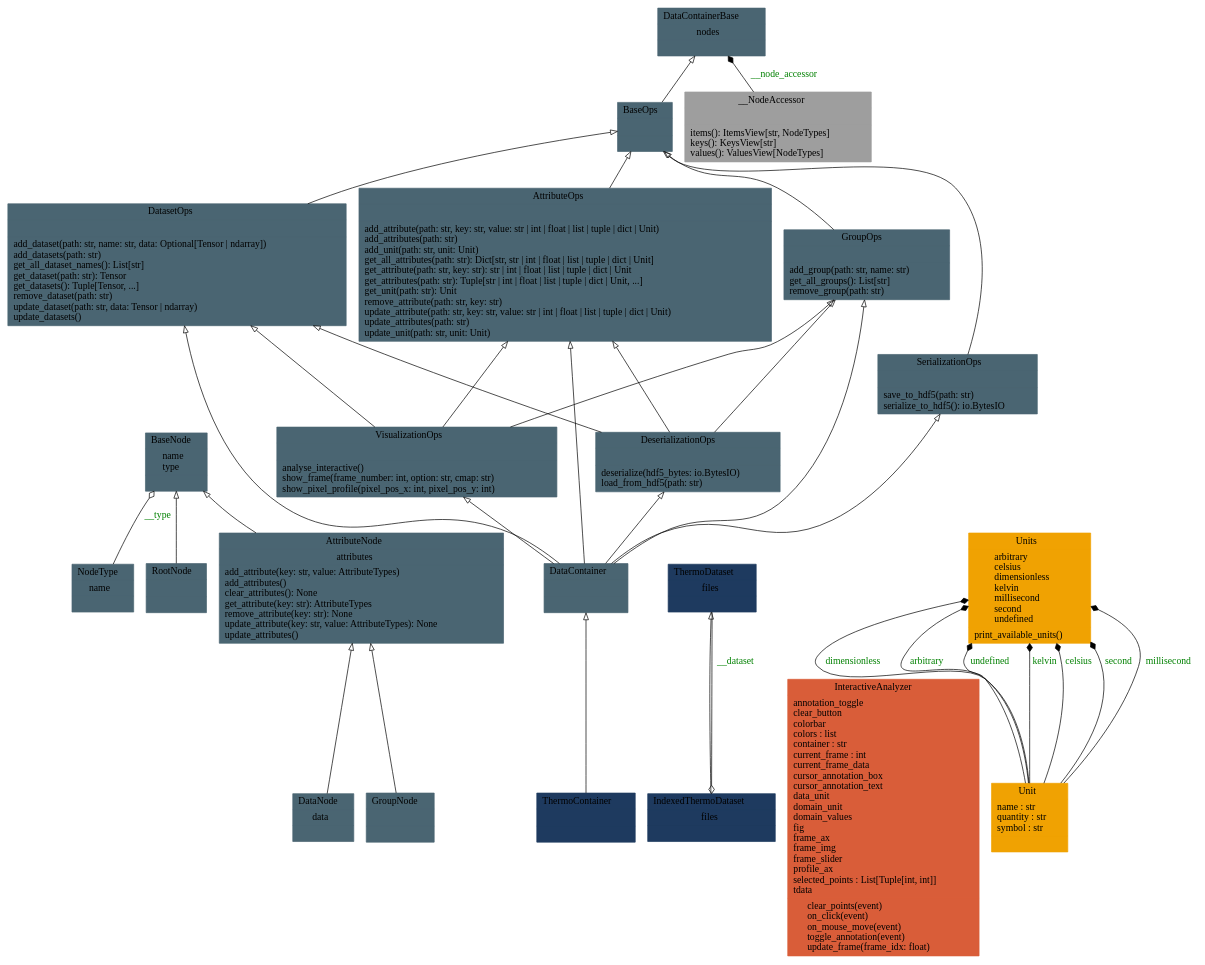
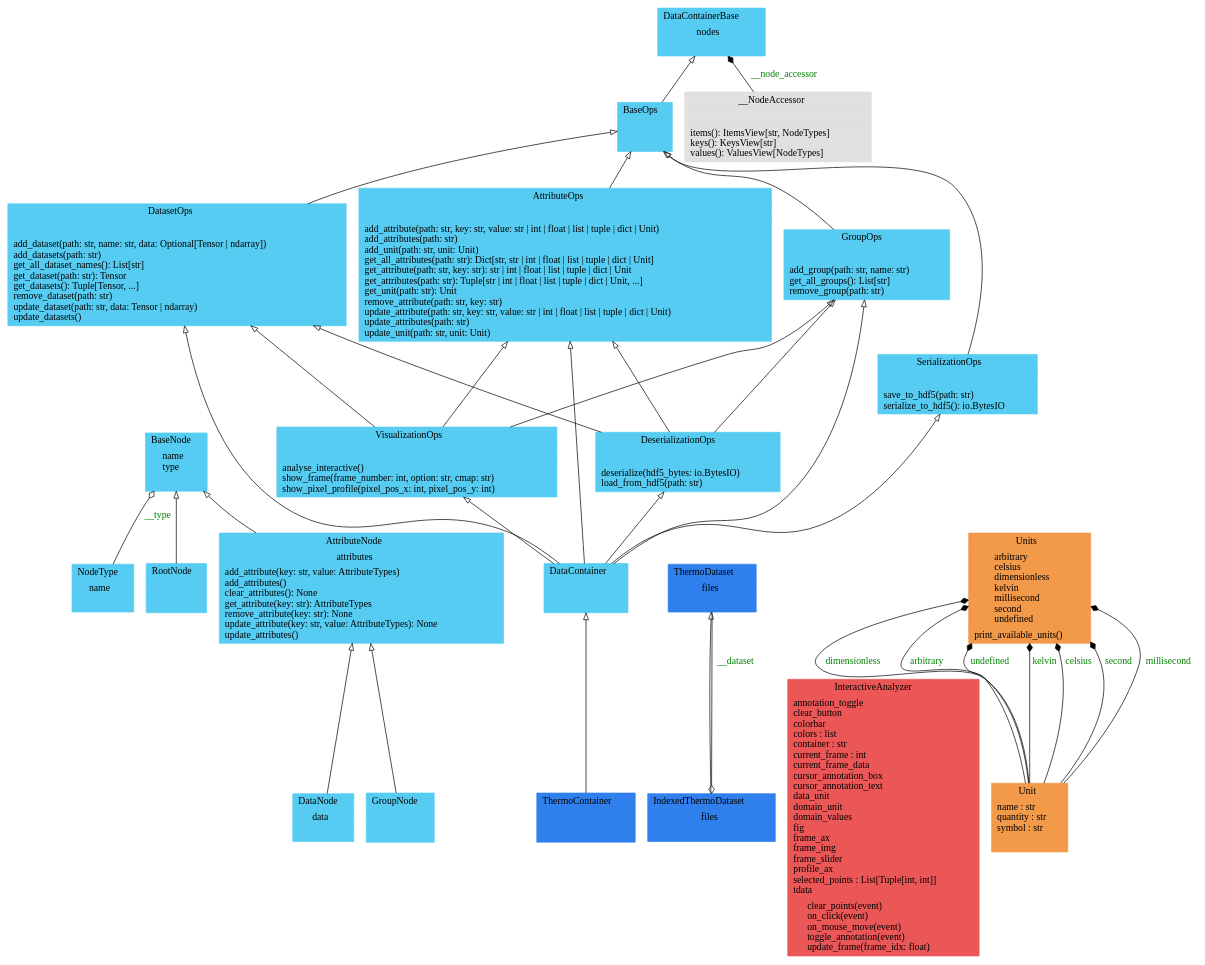
The diagram in docs/pyreverse/classes_pythermondt.data.gv (voidsy-gmbh/pyThermoNDT), drawn with Graphviz before and after one commit. The commit also changed 25 other files, not shown here.

Commit message:
Update pyreverse diagrams

```diff
--- a/docs/pyreverse/classes_pythermondt.data.gv
+++ b/docs/pyreverse/classes_pythermondt.data.gv
@@ -1,28 +1,28 @@
 digraph "classes_pythermondt.data" {
 rankdir=BT
 charset="utf-8"
-"pythermondt.data.datacontainer.node.AttributeNode" [color="#4A6572", fontcolor="black", label=<{AttributeNode|attributes<br ALIGN="LEFT"/>|add_attribute(key: str, value: AttributeTypes)<br ALIGN="LEFT"/>add_attributes()<br ALIGN="LEFT"/>clear_attributes(): None<br ALIGN="LEFT"/>get_attribute(key: str): AttributeTypes<br ALIGN="LEFT"/>remove_attribute(key: str): None<br ALIGN="LEFT"/>update_attribute(key: str, value: AttributeTypes): None<br ALIGN="LEFT"/>update_attributes()<br ALIGN="LEFT"/>}>, shape="record", style="filled"];
-"pythermondt.data.datacontainer.attribute_ops.AttributeOps" [color="#4A6572", fontcolor="black", label=<{AttributeOps|<br ALIGN="LEFT"/>|add_attribute(path: str, key: str, value: str \| int \| float \| list \| tuple \| dict \| Unit)<br ALIGN="LEFT"/>add_attributes(path: str)<br ALIGN="LEFT"/>add_unit(path: str, unit: Unit)<br ALIGN="LEFT"/>get_all_attributes(path: str): Dict[str, str \| int \| float \| list \| tuple \| dict \| Unit]<br ALIGN="LEFT"/>get_attribute(path: str, key: str): str \| int \| float \| list \| tuple \| dict \| Unit<br ALIGN="LEFT"/>get_attributes(path: str): Tuple[str \| int \| float \| list \| tuple \| dict \| Unit, ...]<br ALIGN="LEFT"/>get_unit(path: str): Unit<br ALIGN="LEFT"/>remove_attribute(path: str, key: str)<br ALIGN="LEFT"/>update_attribute(path: str, key: str, value: str \| int \| float \| list \| tuple \| dict \| Unit)<br ALIGN="LEFT"/>update_attributes(path: str)<br ALIGN="LEFT"/>update_unit(path: str, unit: Unit)<br ALIGN="LEFT"/>}>, shape="record", style="filled"];
-"pythermondt.data.datacontainer.node.BaseNode" [color="#4A6572", fontcolor="black", label=<{BaseNode|name<br ALIGN="LEFT"/>type<br ALIGN="LEFT"/>|}>, shape="record", style="filled"];
-"pythermondt.data.datacontainer.base.BaseOps" [color="#4A6572", fontcolor="black", label=<{BaseOps|<br ALIGN="LEFT"/>|}>, shape="record", style="filled"];
-"pythermondt.data.datacontainer.core.DataContainer" [color="#4A6572", fontcolor="black", label=<{DataContainer|<br ALIGN="LEFT"/>|}>, shape="record", style="filled"];
-"pythermondt.data.datacontainer.base.DataContainerBase" [color="#4A6572", fontcolor="black", label=<{DataContainerBase|nodes<br ALIGN="LEFT"/>|}>, shape="record", style="filled"];
-"pythermondt.data.datacontainer.node.DataNode" [color="#4A6572", fontcolor="black", label=<{DataNode|data<br ALIGN="LEFT"/>|}>, shape="record", style="filled"];
-"pythermondt.data.datacontainer.dataset_ops.DatasetOps" [color="#4A6572", fontcolor="black", label=<{DatasetOps|<br ALIGN="LEFT"/>|add_dataset(path: str, name: str, data: Optional[Tensor \| ndarray])<br ALIGN="LEFT"/>add_datasets(path: str)<br ALIGN="LEFT"/>get_all_dataset_names(): List[str]<br ALIGN="LEFT"/>get_dataset(path: str): Tensor<br ALIGN="LEFT"/>get_datasets(): Tuple[Tensor, ...]<br ALIGN="LEFT"/>remove_dataset(path: str)<br ALIGN="LEFT"/>update_dataset(path: str, data: Tensor \| ndarray)<br ALIGN="LEFT"/>update_datasets()<br ALIGN="LEFT"/>}>, shape="record", style="filled"];
-"pythermondt.data.datacontainer.serialization_ops.DeserializationOps" [color="#4A6572", fontcolor="black", label=<{DeserializationOps|<br ALIGN="LEFT"/>|deserialize(hdf5_bytes: io.BytesIO)<br ALIGN="LEFT"/>load_from_hdf5(path: str)<br ALIGN="LEFT"/>}>, shape="record", style="filled"];
-"pythermondt.data.datacontainer.node.GroupNode" [color="#4A6572", fontcolor="black", label=<{GroupNode|<br ALIGN="LEFT"/>|}>, shape="record", style="filled"];
-"pythermondt.data.datacontainer.group_ops.GroupOps" [color="#4A6572", fontcolor="black", label=<{GroupOps|<br ALIGN="LEFT"/>|add_group(path: str, name: str)<br ALIGN="LEFT"/>get_all_groups(): List[str]<br ALIGN="LEFT"/>remove_group(path: str)<br ALIGN="LEFT"/>}>, shape="record", style="filled"];
-"pythermondt.data.thermo_dataset.IndexedThermoDataset" [color="#1E3A5F", fontcolor="black", label=<{IndexedThermoDataset|files<br ALIGN="LEFT"/>|}>, shape="record", style="filled"];
-"pythermondt.data.datacontainer.visualization_ops.VisualizationOps.InteractiveAnalyzer" [color="#D95D39", fontcolor="black", label=<{InteractiveAnalyzer|annotation_toggle<br ALIGN="LEFT"/>clear_button<br ALIGN="LEFT"/>colorbar<br ALIGN="LEFT"/>colors : list<br ALIGN="LEFT"/>container : str<br ALIGN="LEFT"/>current_frame : int<br ALIGN="LEFT"/>current_frame_data<br ALIGN="LEFT"/>cursor_annotation_box<br ALIGN="LEFT"/>cursor_annotation_text<br ALIGN="LEFT"/>data_unit<br ALIGN="LEFT"/>domain_unit<br ALIGN="LEFT"/>domain_values<br ALIGN="LEFT"/>fig<br ALIGN="LEFT"/>frame_ax<br ALIGN="LEFT"/>frame_img<br ALIGN="LEFT"/>frame_slider<br ALIGN="LEFT"/>profile_ax<br ALIGN="LEFT"/>selected_points : List[Tuple[int, int]]<br ALIGN="LEFT"/>tdata<br ALIGN="LEFT"/>|clear_points(event)<br ALIGN="LEFT"/>on_click(event)<br ALIGN="LEFT"/>on_mouse_move(event)<br ALIGN="LEFT"/>toggle_annotation(event)<br ALIGN="LEFT"/>update_frame(frame_idx: float)<br ALIGN="LEFT"/>}>, shape="record", style="filled"];
-"pythermondt.data.datacontainer.node.NodeType" [color="#4A6572", fontcolor="black", label=<{NodeType|name<br ALIGN="LEFT"/>|}>, shape="record", style="filled"];
-"pythermondt.data.datacontainer.node.RootNode" [color="#4A6572", fontcolor="black", label=<{RootNode|<br ALIGN="LEFT"/>|}>, shape="record", style="filled"];
-"pythermondt.data.datacontainer.serialization_ops.SerializationOps" [color="#4A6572", fontcolor="black", label=<{SerializationOps|<br ALIGN="LEFT"/>|save_to_hdf5(path: str)<br ALIGN="LEFT"/>serialize_to_hdf5(): io.BytesIO<br ALIGN="LEFT"/>}>, shape="record", style="filled"];
-"pythermondt.data.thermo_container.ThermoContainer" [color="#1E3A5F", fontcolor="black", label=<{ThermoContainer|<br ALIGN="LEFT"/>|}>, shape="record", style="filled"];
-"pythermondt.data.thermo_dataset.ThermoDataset" [color="#1E3A5F", fontcolor="black", label=<{ThermoDataset|files<br ALIGN="LEFT"/>|}>, shape="record", style="filled"];
-"pythermondt.data.units._unit.Unit" [color="#F0A202", fontcolor="black", label=<{Unit|name : str<br ALIGN="LEFT"/>quantity : str<br ALIGN="LEFT"/>symbol : str<br ALIGN="LEFT"/>|}>, shape="record", style="filled"];
-"pythermondt.data.units.units.Units" [color="#F0A202", fontcolor="black", label=<{Units|arbitrary<br ALIGN="LEFT"/>celsius<br ALIGN="LEFT"/>dimensionless<br ALIGN="LEFT"/>kelvin<br ALIGN="LEFT"/>millisecond<br ALIGN="LEFT"/>second<br ALIGN="LEFT"/>undefined<br ALIGN="LEFT"/>|print_available_units()<br ALIGN="LEFT"/>}>, shape="record", style="filled"];
-"pythermondt.data.datacontainer.visualization_ops.VisualizationOps" [color="#4A6572", fontcolor="black", label=<{VisualizationOps|<br ALIGN="LEFT"/>|analyse_interactive()<br ALIGN="LEFT"/>show_frame(frame_number: int, option: str, cmap: str)<br ALIGN="LEFT"/>show_pixel_profile(pixel_pos_x: int, pixel_pos_y: int)<br ALIGN="LEFT"/>}>, shape="record", style="filled"];
-"pythermondt.data.datacontainer.base.DataContainerBase.__NodeAccessor" [color="#9E9E9E", fontcolor="black", label=<{__NodeAccessor|<br ALIGN="LEFT"/>|items(): ItemsView[str, NodeTypes]<br ALIGN="LEFT"/>keys(): KeysView[str]<br ALIGN="LEFT"/>values(): ValuesView[NodeTypes]<br ALIGN="LEFT"/>}>, shape="record", style="filled"];
+"pythermondt.data.datacontainer.node.AttributeNode" [color="#56CCF2", fontcolor="black", label=<{AttributeNode|attributes<br ALIGN="LEFT"/>|add_attribute(key: str, value: AttributeTypes)<br ALIGN="LEFT"/>add_attributes()<br ALIGN="LEFT"/>clear_attributes(): None<br ALIGN="LEFT"/>get_attribute(key: str): AttributeTypes<br ALIGN="LEFT"/>remove_attribute(key: str): None<br ALIGN="LEFT"/>update_attribute(key: str, value: AttributeTypes): None<br ALIGN="LEFT"/>update_attributes()<br ALIGN="LEFT"/>}>, shape="record", style="filled"];
+"pythermondt.data.datacontainer.attribute_ops.AttributeOps" [color="#56CCF2", fontcolor="black", label=<{AttributeOps|<br ALIGN="LEFT"/>|add_attribute(path: str, key: str, value: str \| int \| float \| list \| tuple \| dict \| Unit)<br ALIGN="LEFT"/>add_attributes(path: str)<br ALIGN="LEFT"/>add_unit(path: str, unit: Unit)<br ALIGN="LEFT"/>get_all_attributes(path: str): Dict[str, str \| int \| float \| list \| tuple \| dict \| Unit]<br ALIGN="LEFT"/>get_attribute(path: str, key: str): str \| int \| float \| list \| tuple \| dict \| Unit<br ALIGN="LEFT"/>get_attributes(path: str): Tuple[str \| int \| float \| list \| tuple \| dict \| Unit, ...]<br ALIGN="LEFT"/>get_unit(path: str): Unit<br ALIGN="LEFT"/>remove_attribute(path: str, key: str)<br ALIGN="LEFT"/>update_attribute(path: str, key: str, value: str \| int \| float \| list \| tuple \| dict \| Unit)<br ALIGN="LEFT"/>update_attributes(path: str)<br ALIGN="LEFT"/>update_unit(path: str, unit: Unit)<br ALIGN="LEFT"/>}>, shape="record", style="filled"];
+"pythermondt.data.datacontainer.node.BaseNode" [color="#56CCF2", fontcolor="black", label=<{BaseNode|name<br ALIGN="LEFT"/>type<br ALIGN="LEFT"/>|}>, shape="record", style="filled"];
+"pythermondt.data.datacontainer.base.BaseOps" [color="#56CCF2", fontcolor="black", label=<{BaseOps|<br ALIGN="LEFT"/>|}>, shape="record", style="filled"];
+"pythermondt.data.datacontainer.core.DataContainer" [color="#56CCF2", fontcolor="black", label=<{DataContainer|<br ALIGN="LEFT"/>|}>, shape="record", style="filled"];
+"pythermondt.data.datacontainer.base.DataContainerBase" [color="#56CCF2", fontcolor="black", label=<{DataContainerBase|nodes<br ALIGN="LEFT"/>|}>, shape="record", style="filled"];
+"pythermondt.data.datacontainer.node.DataNode" [color="#56CCF2", fontcolor="black", label=<{DataNode|data<br ALIGN="LEFT"/>|}>, shape="record", style="filled"];
+"pythermondt.data.datacontainer.dataset_ops.DatasetOps" [color="#56CCF2", fontcolor="black", label=<{DatasetOps|<br ALIGN="LEFT"/>|add_dataset(path: str, name: str, data: Optional[Tensor \| ndarray])<br ALIGN="LEFT"/>add_datasets(path: str)<br ALIGN="LEFT"/>get_all_dataset_names(): List[str]<br ALIGN="LEFT"/>get_dataset(path: str): Tensor<br ALIGN="LEFT"/>get_datasets(): Tuple[Tensor, ...]<br ALIGN="LEFT"/>remove_dataset(path: str)<br ALIGN="LEFT"/>update_dataset(path: str, data: Tensor \| ndarray)<br ALIGN="LEFT"/>update_datasets()<br ALIGN="LEFT"/>}>, shape="record", style="filled"];
+"pythermondt.data.datacontainer.serialization_ops.DeserializationOps" [color="#56CCF2", fontcolor="black", label=<{DeserializationOps|<br ALIGN="LEFT"/>|deserialize(hdf5_bytes: io.BytesIO)<br ALIGN="LEFT"/>load_from_hdf5(path: str)<br ALIGN="LEFT"/>}>, shape="record", style="filled"];
+"pythermondt.data.datacontainer.node.GroupNode" [color="#56CCF2", fontcolor="black", label=<{GroupNode|<br ALIGN="LEFT"/>|}>, shape="record", style="filled"];
+"pythermondt.data.datacontainer.group_ops.GroupOps" [color="#56CCF2", fontcolor="black", label=<{GroupOps|<br ALIGN="LEFT"/>|add_group(path: str, name: str)<br ALIGN="LEFT"/>get_all_groups(): List[str]<br ALIGN="LEFT"/>remove_group(path: str)<br ALIGN="LEFT"/>}>, shape="record", style="filled"];
+"pythermondt.data.thermo_dataset.IndexedThermoDataset" [color="#2F80ED", fontcolor="black", label=<{IndexedThermoDataset|files<br ALIGN="LEFT"/>|}>, shape="record", style="filled"];
+"pythermondt.data.datacontainer.visualization_ops.VisualizationOps.InteractiveAnalyzer" [color="#EB5757", fontcolor="black", label=<{InteractiveAnalyzer|annotation_toggle<br ALIGN="LEFT"/>clear_button<br ALIGN="LEFT"/>colorbar<br ALIGN="LEFT"/>colors : list<br ALIGN="LEFT"/>container : str<br ALIGN="LEFT"/>current_frame : int<br ALIGN="LEFT"/>current_frame_data<br ALIGN="LEFT"/>cursor_annotation_box<br ALIGN="LEFT"/>cursor_annotation_text<br ALIGN="LEFT"/>data_unit<br ALIGN="LEFT"/>domain_unit<br ALIGN="LEFT"/>domain_values<br ALIGN="LEFT"/>fig<br ALIGN="LEFT"/>frame_ax<br ALIGN="LEFT"/>frame_img<br ALIGN="LEFT"/>frame_slider<br ALIGN="LEFT"/>profile_ax<br ALIGN="LEFT"/>selected_points : List[Tuple[int, int]]<br ALIGN="LEFT"/>tdata<br ALIGN="LEFT"/>|clear_points(event)<br ALIGN="LEFT"/>on_click(event)<br ALIGN="LEFT"/>on_mouse_move(event)<br ALIGN="LEFT"/>toggle_annotation(event)<br ALIGN="LEFT"/>update_frame(frame_idx: float)<br ALIGN="LEFT"/>}>, shape="record", style="filled"];
+"pythermondt.data.datacontainer.node.NodeType" [color="#56CCF2", fontcolor="black", label=<{NodeType|name<br ALIGN="LEFT"/>|}>, shape="record", style="filled"];
+"pythermondt.data.datacontainer.node.RootNode" [color="#56CCF2", fontcolor="black", label=<{RootNode|<br ALIGN="LEFT"/>|}>, shape="record", style="filled"];
+"pythermondt.data.datacontainer.serialization_ops.SerializationOps" [color="#56CCF2", fontcolor="black", label=<{SerializationOps|<br ALIGN="LEFT"/>|save_to_hdf5(path: str)<br ALIGN="LEFT"/>serialize_to_hdf5(): io.BytesIO<br ALIGN="LEFT"/>}>, shape="record", style="filled"];
+"pythermondt.data.thermo_container.ThermoContainer" [color="#2F80ED", fontcolor="black", label=<{ThermoContainer|<br ALIGN="LEFT"/>|}>, shape="record", style="filled"];
+"pythermondt.data.thermo_dataset.ThermoDataset" [color="#2F80ED", fontcolor="black", label=<{ThermoDataset|files<br ALIGN="LEFT"/>|}>, shape="record", style="filled"];
+"pythermondt.data.units._unit.Unit" [color="#F2994A", fontcolor="black", label=<{Unit|name : str<br ALIGN="LEFT"/>quantity : str<br ALIGN="LEFT"/>symbol : str<br ALIGN="LEFT"/>|}>, shape="record", style="filled"];
+"pythermondt.data.units.units.Units" [color="#F2994A", fontcolor="black", label=<{Units|arbitrary<br ALIGN="LEFT"/>celsius<br ALIGN="LEFT"/>dimensionless<br ALIGN="LEFT"/>kelvin<br ALIGN="LEFT"/>millisecond<br ALIGN="LEFT"/>second<br ALIGN="LEFT"/>undefined<br ALIGN="LEFT"/>|print_available_units()<br ALIGN="LEFT"/>}>, shape="record", style="filled"];
+"pythermondt.data.datacontainer.visualization_ops.VisualizationOps" [color="#56CCF2", fontcolor="black", label=<{VisualizationOps|<br ALIGN="LEFT"/>|analyse_interactive()<br ALIGN="LEFT"/>show_frame(frame_number: int, option: str, cmap: str)<br ALIGN="LEFT"/>show_pixel_profile(pixel_pos_x: int, pixel_pos_y: int)<br ALIGN="LEFT"/>}>, shape="record", style="filled"];
+"pythermondt.data.datacontainer.base.DataContainerBase.__NodeAccessor" [color="#E0E0E0", fontcolor="black", label=<{__NodeAccessor|<br ALIGN="LEFT"/>|items(): ItemsView[str, NodeTypes]<br ALIGN="LEFT"/>keys(): KeysView[str]<br ALIGN="LEFT"/>values(): ValuesView[NodeTypes]<br ALIGN="LEFT"/>}>, shape="record", style="filled"];
 "pythermondt.data.datacontainer.attribute_ops.AttributeOps" -> "pythermondt.data.datacontainer.base.BaseOps" [arrowhead="empty", arrowtail="none"];
 "pythermondt.data.datacontainer.base.BaseOps" -> "pythermondt.data.datacontainer.base.DataContainerBase" [arrowhead="empty", arrowtail="none"];
 "pythermondt.data.datacontainer.core.DataContainer" -> "pythermondt.data.datacontainer.attribute_ops.AttributeOps" [arrowhead="empty", arrowtail="none"];
```
